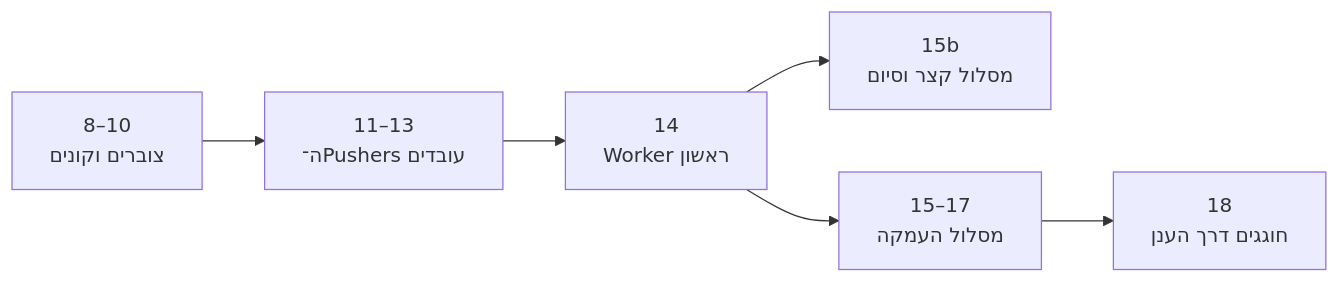
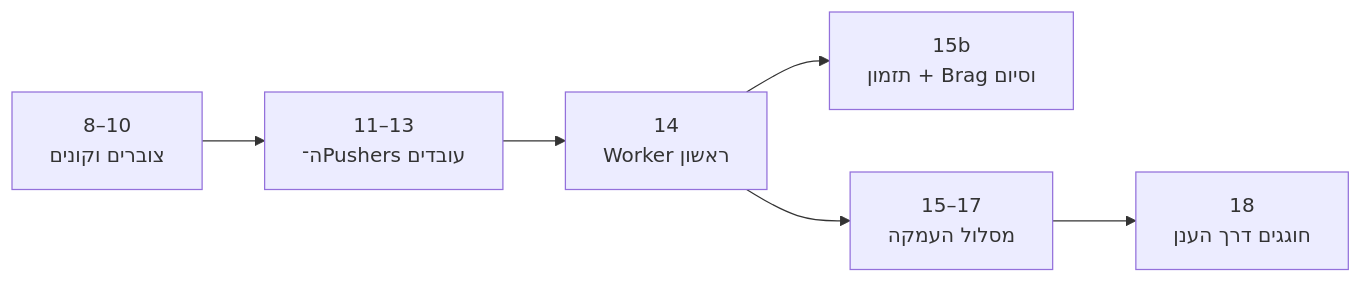
Before and after one commit to 3strategy/BeautifulMivney: the diagram in android/CollectCircles/08-18.student-roadmap.md, drawn with Mermaid. The commit also changed other lines of this file and 2 other files, not shown here.

````diff
--- a/android/CollectCircles/08-18.student-roadmap.md
+++ b/android/CollectCircles/08-18.student-roadmap.md
@@ -25,8 +26,8 @@
 ```mermaid
 flowchart LR
     A["8–10<br>צוברים וקונים"] --> B["11–13<br>ה־Pushers עובדים"]
     B --> C["14<br>Worker ראשון"]
-    C --> S["15b<br>מסלול קצר וסיום"]
+    C --> S["15b<br>תזמון + Brag וסיום"]
     C --> L["15–17<br>מסלול העמקה"]
     L --> D["18<br>חוגגים דרך הענן"]
 ```
````
